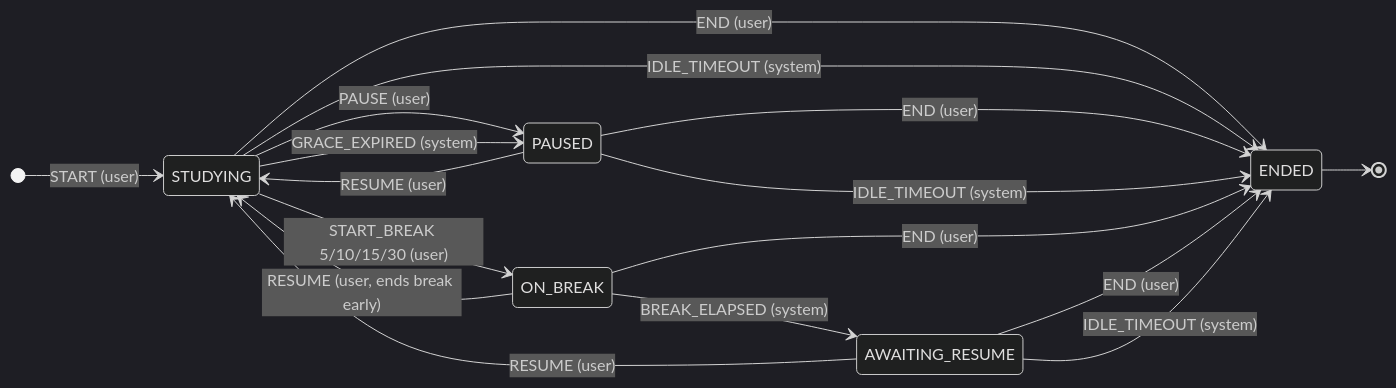
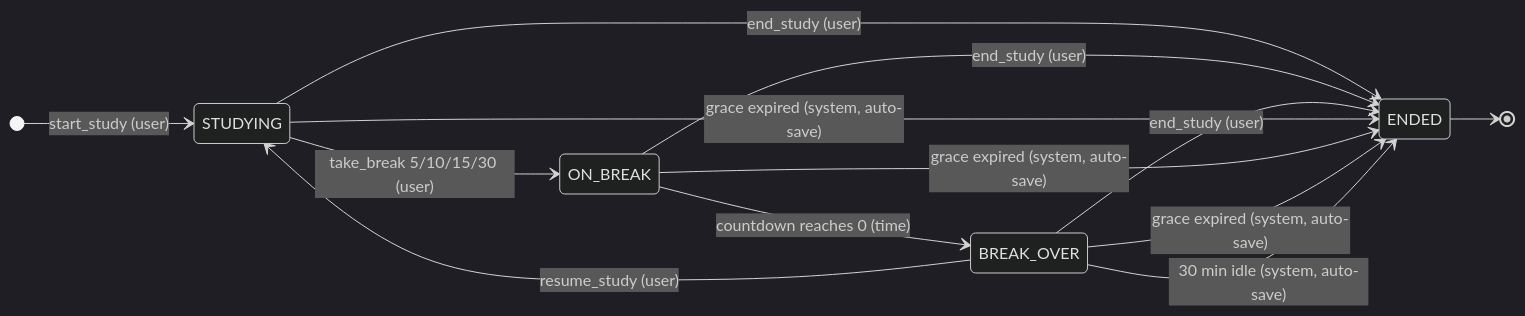
One commit to Atharvaajain/StudySync changed the second of 3 diagrams in ARCHITECTURE.md. Above: the diagram before and after it, drawn with Mermaid (dark theme). The commit also changed other lines of this file and 6 other files, not shown here.

````diff
--- a/ARCHITECTURE.md
+++ b/ARCHITECTURE.md
@@ -416,20 +555,16 @@
 ```mermaid
 stateDiagram-v2
     direction LR
-    [*] --> STUDYING: START (user)
-    STUDYING --> PAUSED: PAUSE (user)
-    STUDYING --> PAUSED: GRACE_EXPIRED (system)
-    STUDYING --> ON_BREAK: START_BREAK 5/10/15/30 (user)
-    STUDYING --> ENDED: END (user)
-    STUDYING --> ENDED: IDLE_TIMEOUT (system)
-    PAUSED --> STUDYING: RESUME (user)
-    PAUSED --> ENDED: END (user)
-    PAUSED --> ENDED: IDLE_TIMEOUT (system)
-    ON_BREAK --> AWAITING_RESUME: BREAK_ELAPSED (system)
-    ON_BREAK --> STUDYING: RESUME (user, ends break early)
-    ON_BREAK --> ENDED: END (user)
-    AWAITING_RESUME --> STUDYING: RESUME (user)
-    AWAITING_RESUME --> ENDED: END (user)
-    AWAITING_RESUME --> ENDED: IDLE_TIMEOUT (system)
+    [*] --> STUDYING: start_study (user)
+    STUDYING --> ON_BREAK: take_break 5/10/15/30 (user)
+    ON_BREAK --> BREAK_OVER: countdown reaches 0 (time)
+    BREAK_OVER --> STUDYING: resume_study (user)
+    STUDYING --> ENDED: end_study (user)
+    ON_BREAK --> ENDED: end_study (user)
+    BREAK_OVER --> ENDED: end_study (user)
+    STUDYING --> ENDED: grace expired (system, auto-save)
+    ON_BREAK --> ENDED: grace expired (system, auto-save)
+    BREAK_OVER --> ENDED: grace expired (system, auto-save)
+    BREAK_OVER --> ENDED: 30 min idle (system, auto-save)
     ENDED --> [*]
 ```
````
